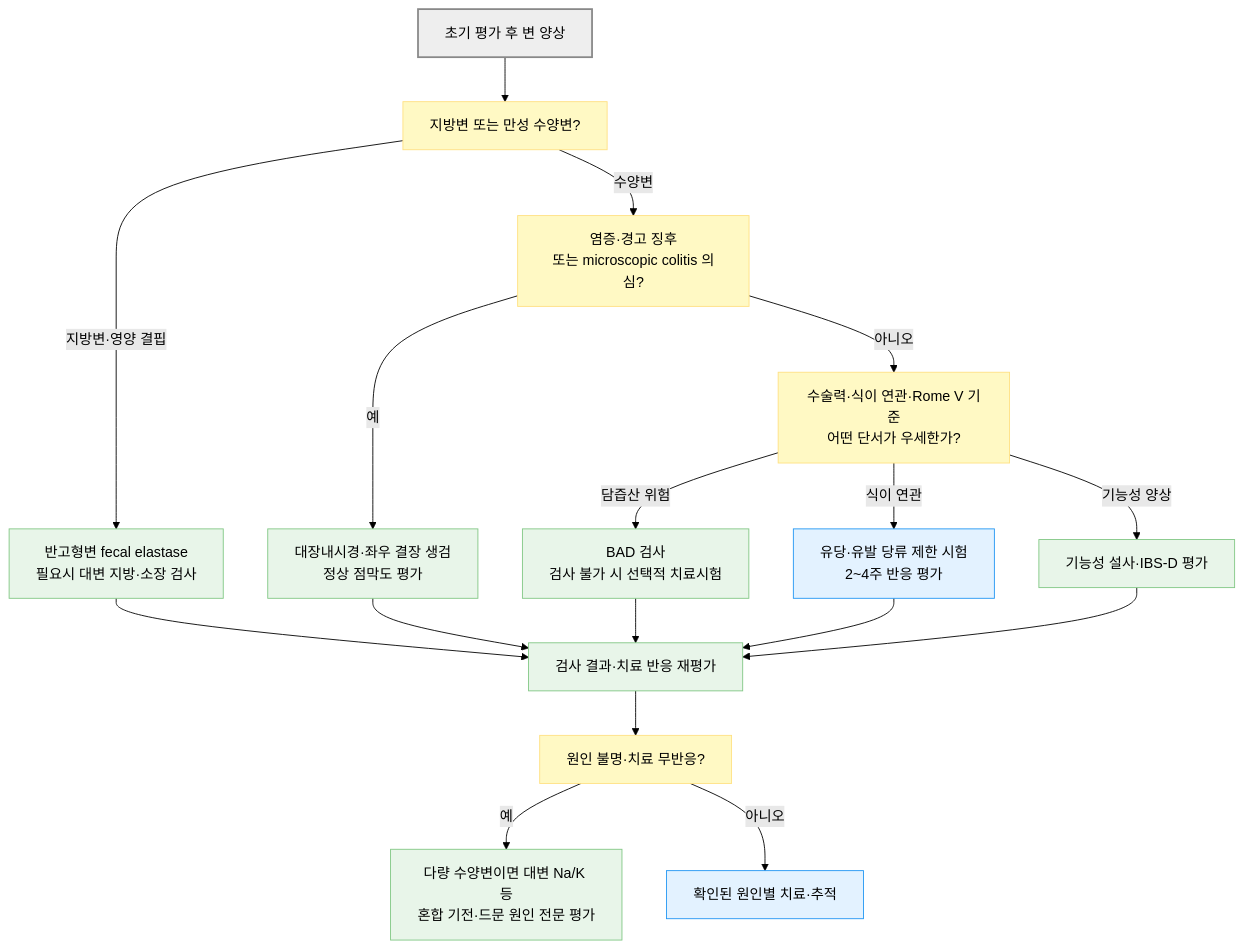
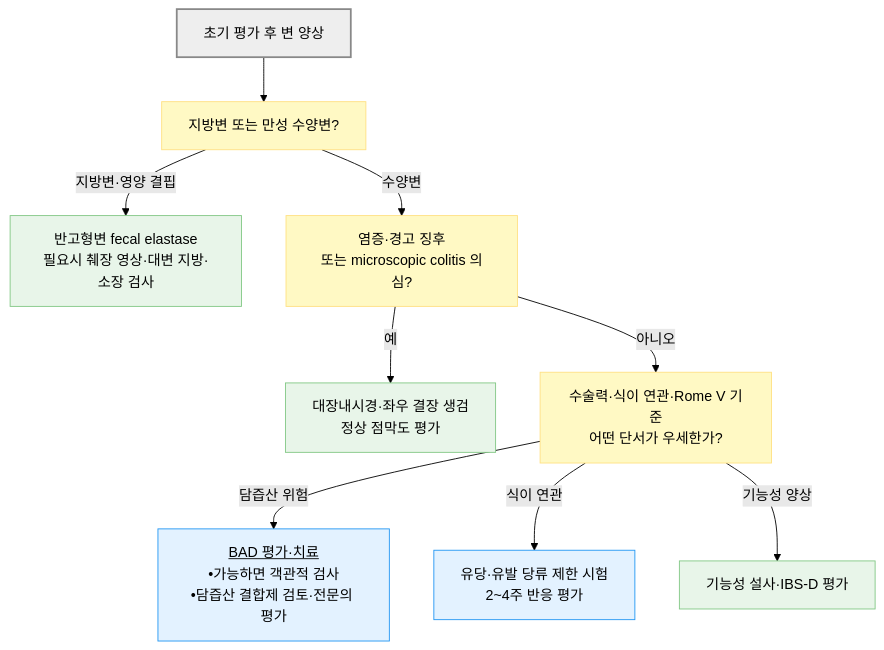
The second of 2 diagrams in 224_/084_-chronic-diarrhea.md (familyoh77/familyoh77), drawn with Mermaid (forest theme) before and after one commit. The commit also changed other lines of this file and 1 other file, not shown here.

````diff
--- a/224_/084_-chronic-diarrhea.md
+++ b/224_/084_-chronic-diarrhea.md
@@ -221,29 +232,21 @@
 ```mermaid
 flowchart TD
     A["초기 평가 후 변 양상"] --> P["지방변 또는 만성 수양변?"]
-    P -- "지방변·영양 결핍" --> M["반고형변 fecal elastase<br/>필요시 대변 지방·소장 검사"]
+    P -- "지방변·영양 결핍" --> M["반고형변 fecal elastase<br/>필요시 췌장 영상·대변 지방·소장 검사"]
     P -- "수양변" --> Q["염증·경고 징후<br/>또는 microscopic colitis 의심?"]
     Q -- "예" --> S["대장내시경·좌우 결장 생검<br/>정상 점막도 평가"]
     Q -- "아니오" --> R["수술력·식이 연관·Rome V 기준<br/>어떤 단서가 우세한가?"]
-    R -- "담즙산 위험" --> B["BAD 검사<br/>검사 불가 시 선택적 치료시험"]
+    R -- "담즙산 위험" --> B["<u>BAD 평가·치료</u><br/>•가능하면 객관적 검사<br/>•담즙산 결합제 검토·전문의 평가"]
     R -- "식이 연관" --> F["유당·유발 당류 제한 시험<br/>2~4주 반응 평가"]
     R -- "기능성 양상" --> G["기능성 설사·IBS-D 평가"]
-    M --> V["검사 결과·치료 반응 재평가"]
-    S --> V
-    B --> V
-    F --> V
-    G --> V
-    V --> N["원인 불명·치료 무반응?"]
-    N -- "예" --> X["다량 수양변이면 대변 Na/K 등<br/>혼합 기전·드문 원인 전문 평가"]
-    N -- "아니오" --> T["확인된 원인별 치료·추적"]
     classDef neutral fill:#eeeeee,stroke:#888888,stroke-width:2px
     classDef question fill:#fff9c4,stroke:#ffe082
     classDef test fill:#e8f5e9,stroke:#81c784
     classDef treatment fill:#e3f2ff,stroke:#2196f3
     classDef emergency fill:#ffdddd,stroke:#d32f2f
     classDef next fill:#e8eaf6,stroke:#9fa8da
     class A neutral
-    class P,Q,R,N question
-    class M,S,B,G,V,X test
-    class F,T treatment
+    class P,Q,R question
+    class M,S,G test
+    class B,F treatment
 ```
````
